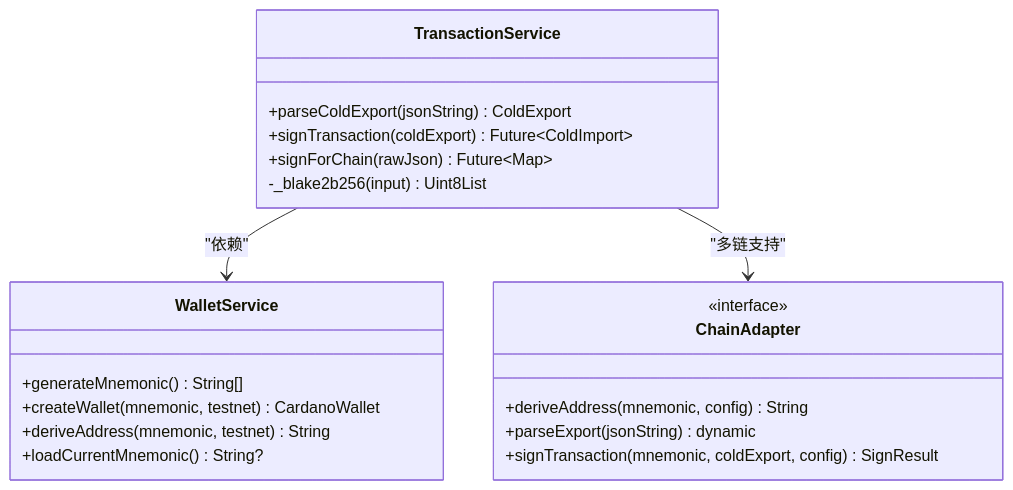
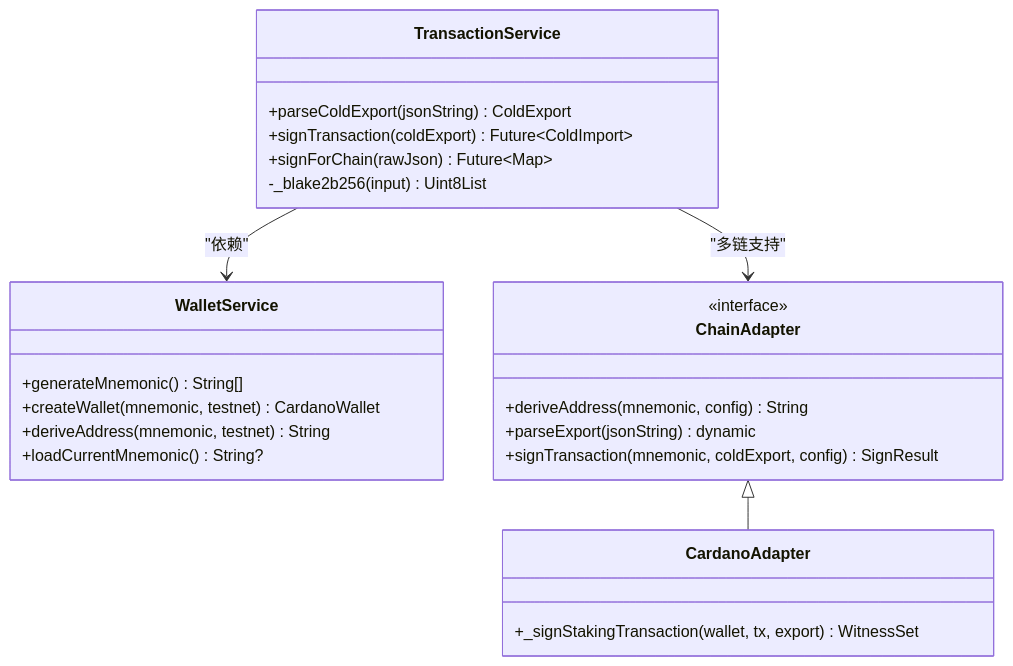
Before and after one commit to EqualToEthan/stasis: the seventh of 8 diagrams in .qoder/repowiki/zh/content/核心服务/交易处理服务.md, drawn with Mermaid. The commit also changed other lines of this file and 60 other files, not shown here.

Commit message:
feat: extract coldwallet-protocol shared package and multi-chain staking support

````diff
--- a/.qoder/repowiki/zh/content/核心服务/交易处理服务.md
+++ b/.qoder/repowiki/zh/content/核心服务/交易处理服务.md
@@ -309,23 +356,27 @@
 ```mermaid
 classDiagram
 class WalletService {
 +generateMnemonic() String[]
 +createWallet(mnemonic, testnet) CardanoWallet
 +deriveAddress(mnemonic, testnet) String
 +loadCurrentMnemonic() String?
 }
 class TransactionService {
 +parseColdExport(jsonString) ColdExport
 +signTransaction(coldExport) Future~ColdImport~
 +signForChain(rawJson) Future~Map~
 -_blake2b256(input) Uint8List
 }
 class ChainAdapter {
 <<interface>>
 +deriveAddress(mnemonic, config) String
 +parseExport(jsonString) dynamic
 +signTransaction(mnemonic, coldExport, config) SignResult
 }
+class CardanoAdapter {
++_signStakingTransaction(wallet, tx, export) WitnessSet
+}
 TransactionService --> WalletService : "依赖"
 TransactionService --> ChainAdapter : "多链支持"
+ChainAdapter <|-- CardanoAdapter
 ```
````
